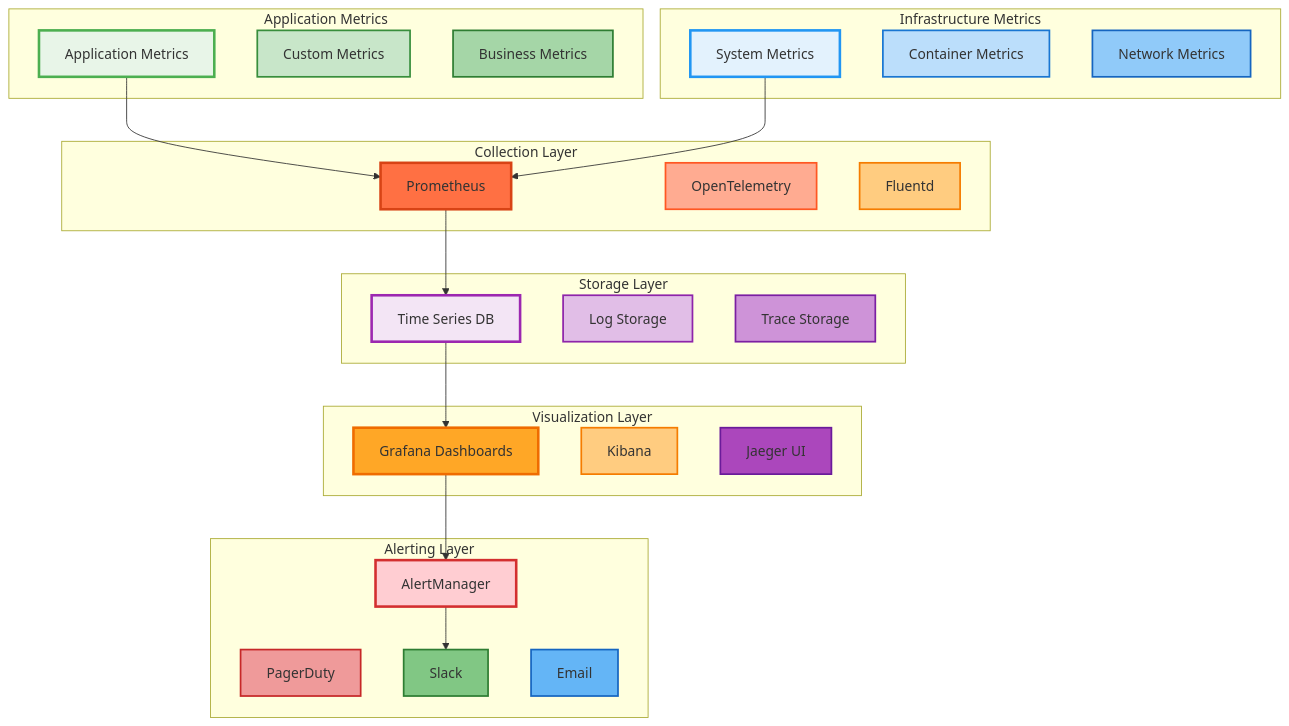
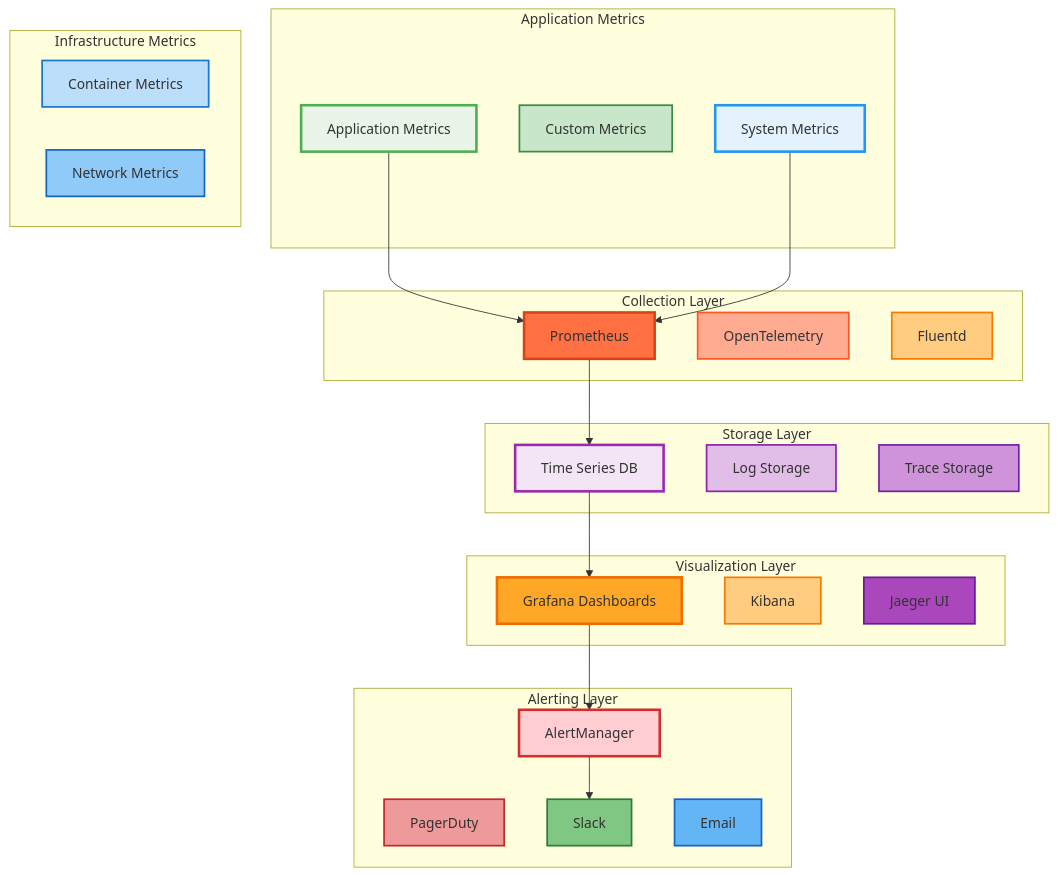
One commit to aryasoni98/InfraGenius changed the sixth of 8 diagrams in docs/architecture/system-design.md. Above: the diagram before and after it, drawn with Mermaid. The commit also changed other lines of this file and 68 other files, not shown here.

````diff
--- a/docs/architecture/system-design.md
+++ b/docs/architecture/system-design.md
@@ -483,77 +483,77 @@
 ```mermaid
 graph TB
     subgraph "Application Metrics"
         APP_METRICS[Application Metrics]
         CUSTOM_METRICS[Custom Metrics]
-        BUSINESS_METRICS[Business Metrics]
+        SYSTEM_METRICS[System Metrics]
     end
 
     subgraph "Infrastructure Metrics"
         SYSTEM_METRICS[System Metrics]
         CONTAINER_METRICS[Container Metrics]
         NETWORK_METRICS[Network Metrics]
     end
 
     subgraph "Collection Layer"
         PROMETHEUS[Prometheus]
         OTEL[OpenTelemetry]
         FLUENTD[Fluentd]
     end
 
     subgraph "Storage Layer"
         TSDB[Time Series DB]
         LOG_STORE[Log Storage]
         TRACE_STORE[Trace Storage]
     end
 
     subgraph "Visualization Layer"
         GRAFANA[Grafana Dashboards]
         KIBANA[Kibana]
         JAEGER_UI[Jaeger UI]
     end
 
     subgraph "Alerting Layer"
         ALERT_MANAGER[AlertManager]
         PAGERDUTY[PagerDuty]
         SLACK[Slack]
         EMAIL[Email]
     end
 
     APP_METRICS --> PROMETHEUS
     SYSTEM_METRICS --> PROMETHEUS
     PROMETHEUS --> TSDB
     TSDB --> GRAFANA
     GRAFANA --> ALERT_MANAGER
     ALERT_MANAGER --> SLACK
     
     %% Application Metrics
     style APP_METRICS fill:#e8f5e8,stroke:#4caf50,stroke-width:3px
     style CUSTOM_METRICS fill:#c8e6c9,stroke:#388e3c,stroke-width:2px
-    style BUSINESS_METRICS fill:#a5d6a7,stroke:#2e7d32,stroke-width:2px
+    style SYSTEM_METRICS fill:#a5d6a7,stroke:#2e7d32,stroke-width:2px
     
     %% Infrastructure Metrics
     style SYSTEM_METRICS fill:#e3f2fd,stroke:#2196f3,stroke-width:3px
     style CONTAINER_METRICS fill:#bbdefb,stroke:#1976d2,stroke-width:2px
     style NETWORK_METRICS fill:#90caf9,stroke:#1565c0,stroke-width:2px
     
     %% Collection Layer
     style PROMETHEUS fill:#ff7043,stroke:#d84315,stroke-width:3px
     style OTEL fill:#ffab91,stroke:#ff5722,stroke-width:2px
     style FLUENTD fill:#ffcc80,stroke:#f57c00,stroke-width:2px
     
     %% Storage Layer
     style TSDB fill:#f3e5f5,stroke:#9c27b0,stroke-width:3px
     style LOG_STORE fill:#e1bee7,stroke:#8e24aa,stroke-width:2px
     style TRACE_STORE fill:#ce93d8,stroke:#7b1fa2,stroke-width:2px
     
     %% Visualization Layer
     style GRAFANA fill:#ffa726,stroke:#ef6c00,stroke-width:3px
     style KIBANA fill:#ffcc80,stroke:#f57c00,stroke-width:2px
     style JAEGER_UI fill:#ab47bc,stroke:#6a1b9a,stroke-width:2px
     
     %% Alerting Layer
     style ALERT_MANAGER fill:#ffcdd2,stroke:#d32f2f,stroke-width:3px
     style PAGERDUTY fill:#ef9a9a,stroke:#c62828,stroke-width:2px
     style SLACK fill:#81c784,stroke:#2e7d32,stroke-width:2px
     style EMAIL fill:#64b5f6,stroke:#1565c0,stroke-width:2px
 ```
````
